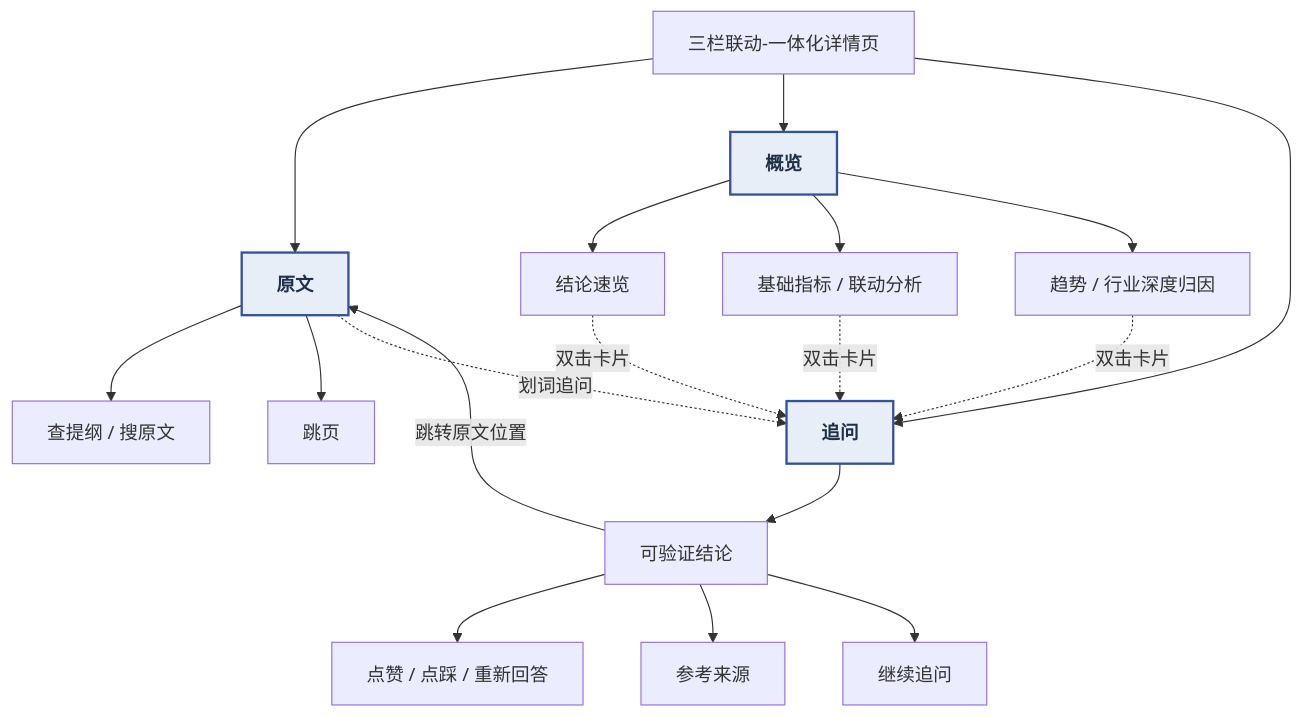
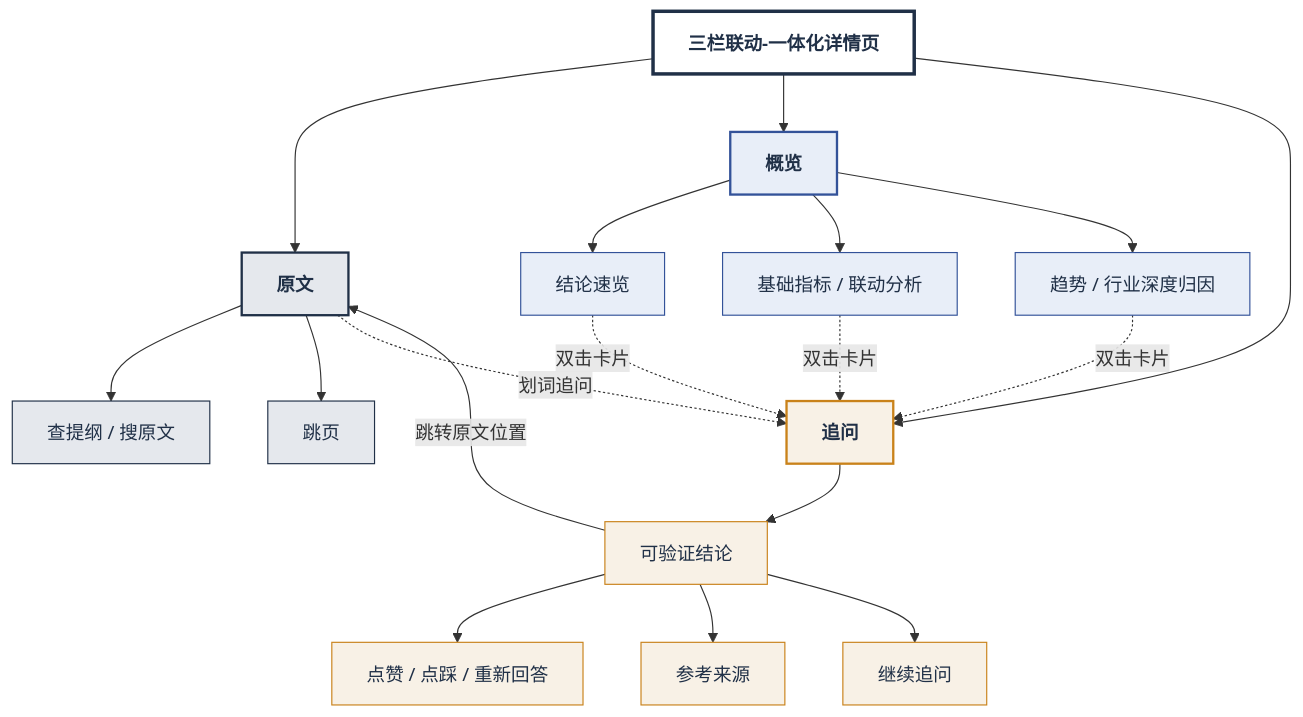
One commit to wuyongpeng/Financial-Report-Intelligence changed the diagram in docs/产品介绍.md. Above: the diagram before and after it, drawn with Mermaid.

Commit message:
docs: 产品介绍怎么用图三栏分色定稿
标题加重；原文/概览/追问分色，子节点同色。

````diff
--- a/docs/产品介绍.md
+++ b/docs/产品介绍.md
@@ -16,30 +16,43 @@
 ```mermaid
 flowchart TB
   Entry["三栏联动-一体化详情页"]
 
   Entry --> Orig["原文"]
   Entry --> Over["概览"]
   Entry --> Ask["追问"]
 
   Orig --> O1["查提纲 / 搜原文"]
   Orig --> O2["跳页"]
 
   Over --> V1["结论速览"]
   Over --> V2["基础指标 / 联动分析"]
   Over --> V3["趋势 / 行业深度归因"]
 
   Ask --> Ans["可验证结论"]
 
   Ans --> F1["点赞 / 点踩 / 重新回答"]
   Ans --> F2["参考来源"]
   Ans --> F3["继续追问"]
 
   Orig -.->|"划词追问"| Ask
   V1 -.->|"双击卡片"| Ask
   V2 -.->|"双击卡片"| Ask
   V3 -.->|"双击卡片"| Ask
   Ans -->|"跳转原文位置"| Orig
 
-  classDef col fill:#e8eef8,stroke:#335299,stroke-width:2px,color:#203047,font-weight:bold
-  class Orig,Over,Ask col
+  classDef title fill:#ffffff,stroke:#203047,stroke-width:3px,color:#203047,font-weight:bold,font-size:16px
+  classDef fact fill:#e5e8ed,stroke:#203047,stroke-width:2px,color:#203047,font-weight:bold
+  classDef factChild fill:#e5e8ed,stroke:#203047,stroke-width:1px,color:#203047
+  classDef over fill:#e8eef8,stroke:#335299,stroke-width:2px,color:#203047,font-weight:bold
+  classDef overChild fill:#e8eef8,stroke:#335299,stroke-width:1px,color:#203047
+  classDef ask fill:#f8f1e6,stroke:#c9821a,stroke-width:2px,color:#203047,font-weight:bold
+  classDef askChild fill:#f8f1e6,stroke:#c9821a,stroke-width:1px,color:#203047
+
+  class Entry title
+  class Orig fact
+  class O1,O2 factChild
+  class Over over
+  class V1,V2,V3 overChild
+  class Ask ask
+  class Ans,F1,F2,F3 askChild
 ```
````
